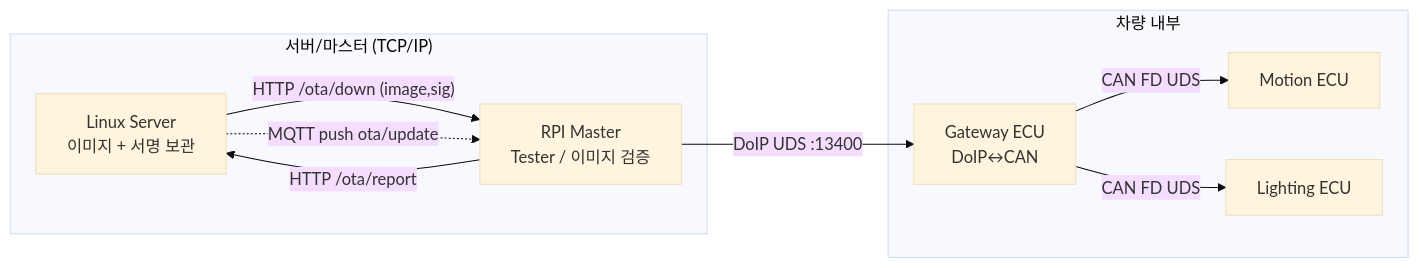
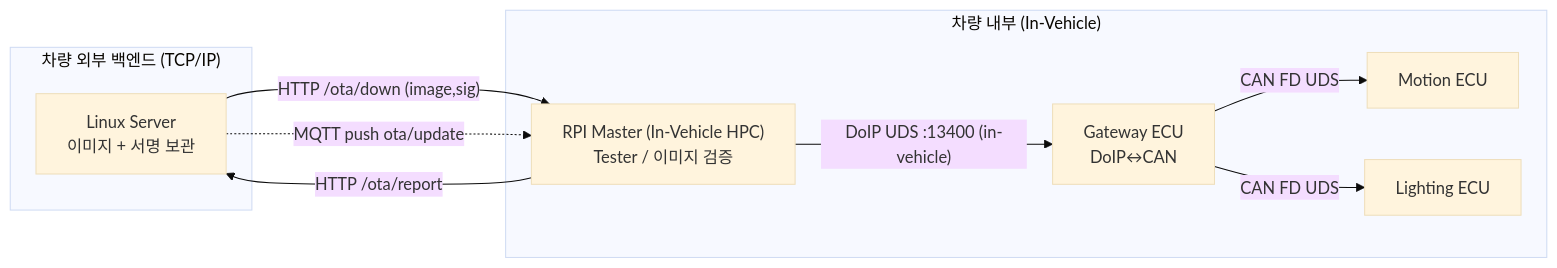
The diagram in docs/00_project_overview.md (kdt-fibonacci/fota-reprogramming), drawn with Mermaid (base theme) before and after one commit. The commit also changed other lines of this file and 8 other files, not shown here.

````diff
--- a/docs/00_project_overview.md
+++ b/docs/00_project_overview.md
@@ -36,18 +36,18 @@
 ```mermaid
 flowchart LR
-    subgraph Cloud_LAN["서버/마스터 (TCP/IP)"]
+    subgraph Backend["차량 외부 백엔드 (TCP/IP)"]
         S["Linux Server<br/>이미지 + 서명 보관"]
-        M["RPI Master<br/>Tester / 이미지 검증"]
     end
-    subgraph Vehicle["차량 내부"]
+    subgraph Vehicle["차량 내부 (In-Vehicle)"]
+        M["RPI Master (In-Vehicle HPC)<br/>Tester / 이미지 검증"]
         G["Gateway ECU<br/>DoIP↔CAN"]
         T1["Motion ECU"]
         T2["Lighting ECU"]
     end
     S -->|"HTTP /ota/down (image,sig)"| M
     S -.->|"MQTT push ota/update"| M
-    M -->|"DoIP UDS :13400"| G
+    M -->|"DoIP UDS :13400 (in-vehicle)"| G
     G -->|"CAN FD UDS"| T1
     G -->|"CAN FD UDS"| T2
     M -->|"HTTP /ota/report"| S
 ```
````
